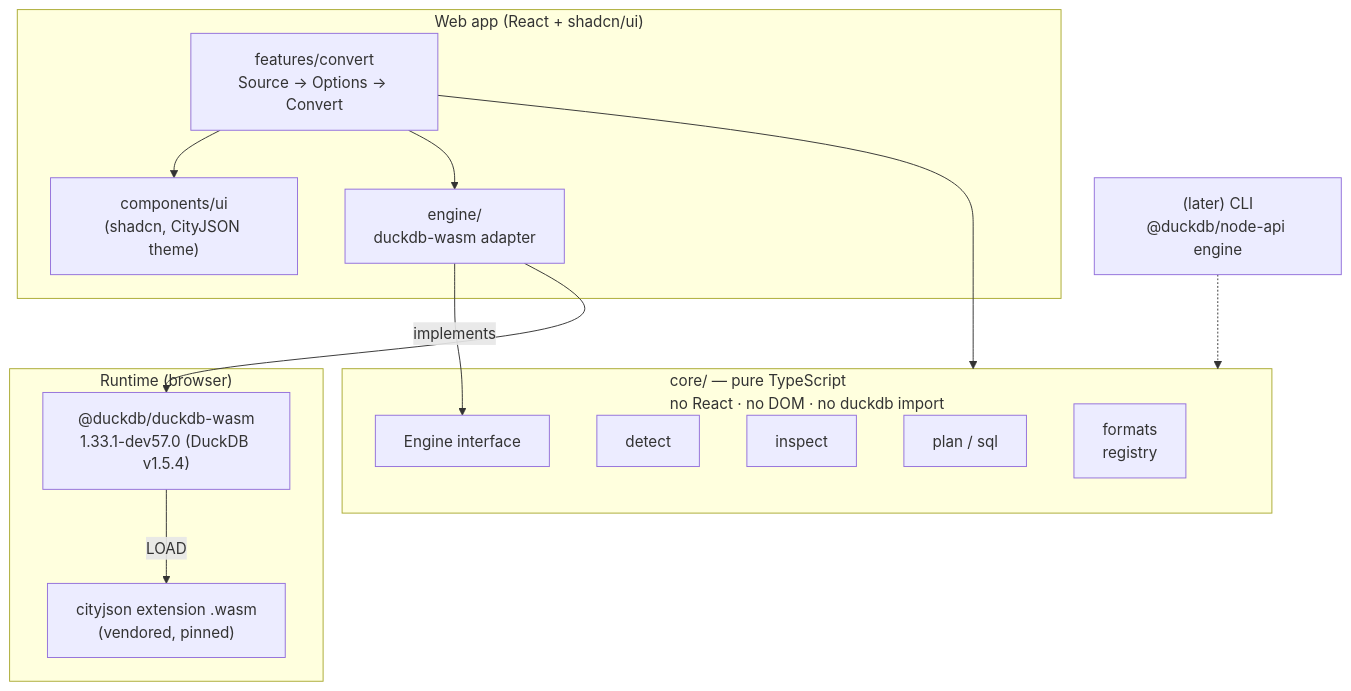
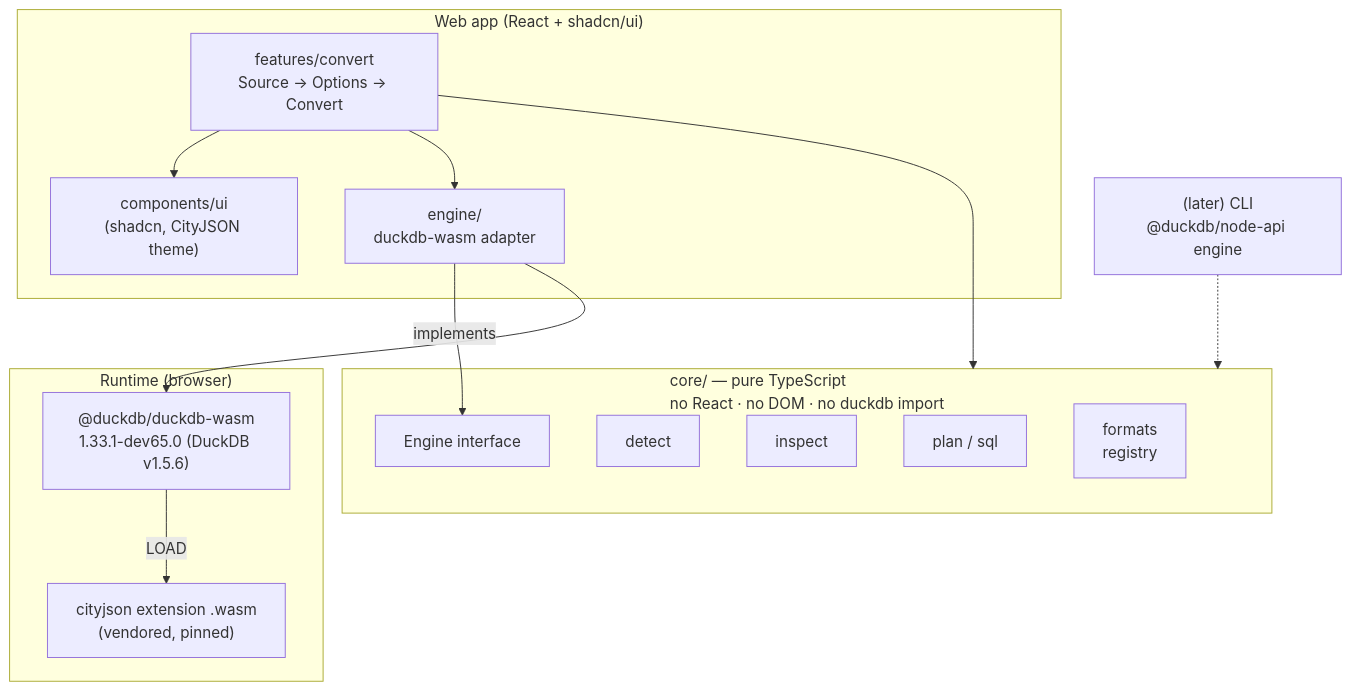
One commit to cityjson/convert changed the second of 7 diagrams in docs/idea.md. Above: the diagram before and after it, drawn with Mermaid. The commit also changed other lines of this file and 3 other files, not shown here.

Commit message:
docs: record the built architecture, v1.5.6 pin and spike follow-up

````diff
--- a/docs/idea.md
+++ b/docs/idea.md
@@ -50,30 +50,30 @@
 ```mermaid
 flowchart TB
     subgraph web["Web app (React + shadcn/ui)"]
         UI["features/convert<br/>Source → Options → Convert"]
         ENG["engine/<br/>duckdb-wasm adapter"]
         UIKIT["components/ui<br/>(shadcn, CityJSON theme)"]
     end
 
     subgraph core["core/ — pure TypeScript<br/>no React · no DOM · no duckdb import"]
         FMT["formats<br/>registry"]
         DET["detect"]
         INS["inspect"]
         SQL["plan / sql"]
         IF["Engine interface"]
     end
 
     subgraph runtime["Runtime (browser)"]
-        WASM["@duckdb/duckdb-wasm<br/>1.33.1-dev57.0 (DuckDB v1.5.4)"]
+        WASM["@duckdb/duckdb-wasm<br/>1.33.1-dev65.0 (DuckDB v1.5.6)"]
         EXT["cityjson extension .wasm<br/>(vendored, pinned)"]
     end
 
     UI --> UIKIT
     UI --> core
     UI --> ENG
     ENG -- implements --> IF
     ENG --> WASM
     WASM -- LOAD --> EXT
 
     CLI["(later) CLI<br/>@duckdb/node-api engine"] -.-> core
 ```
````
